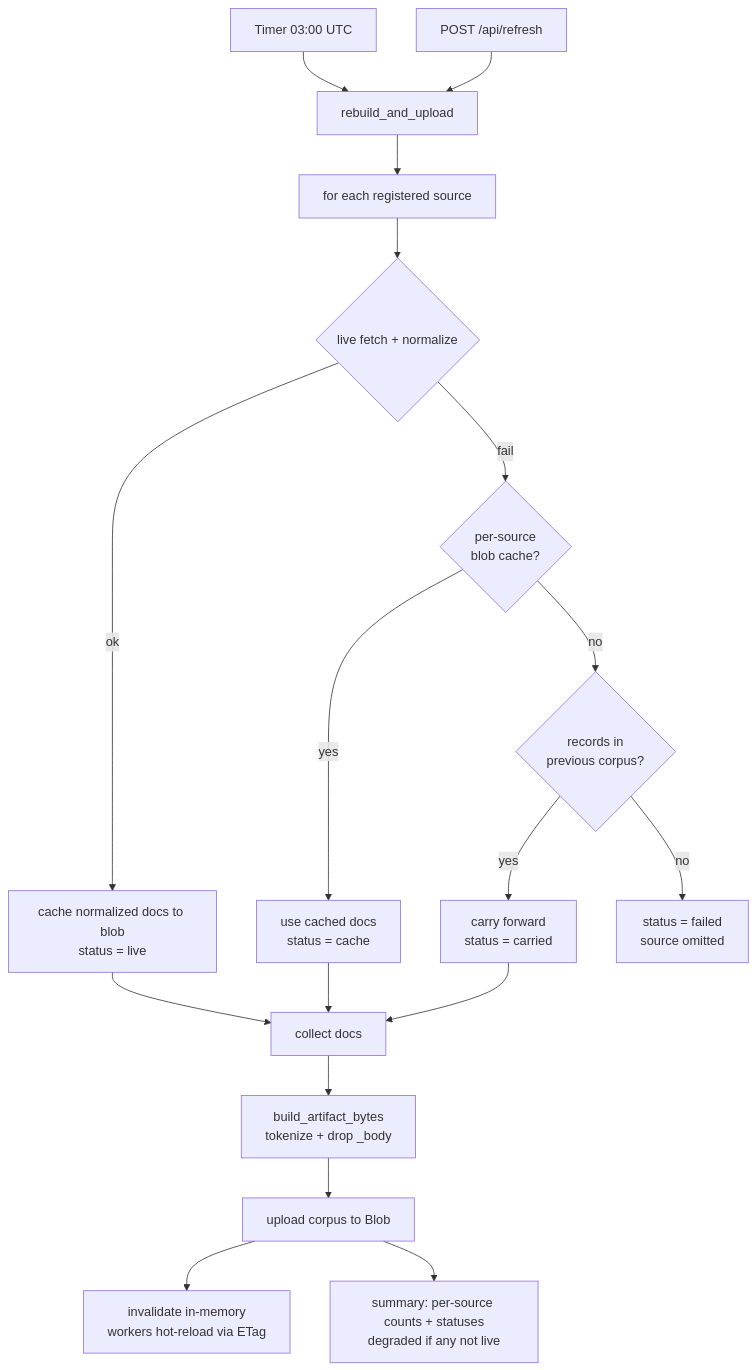
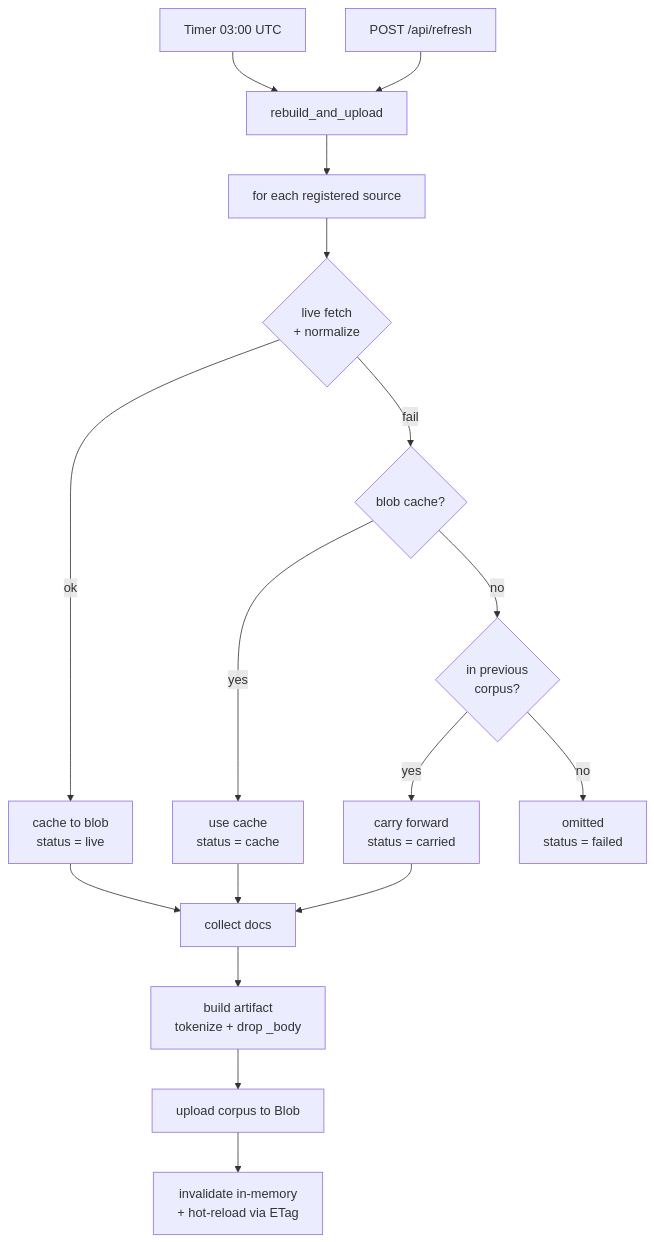
Before and after one commit to SteveCInVA/AllofUs-Agent: the fourth of 5 diagrams in docs/architecture.md, drawn with Mermaid. The commit also changed other lines of this file, not shown here.

First line of the commit message:
Reduce edge crossings in architecture diagrams

````diff
--- a/docs/architecture.md
+++ b/docs/architecture.md
@@ -109,22 +118,22 @@
 ```mermaid
-flowchart TD
+flowchart TB
     T["Timer 03:00 UTC"] --> RB["rebuild_and_upload"]
     H["POST /api/refresh"] --> RB
     RB --> LOOP["for each registered source"]
 
-    LOOP --> F{"live fetch + normalize"}
-    F -- "ok" --> C1["cache normalized docs to blob<br/>status = live"]
-    F -- "fail" --> CACHE{"per-source<br/>blob cache?"}
-    CACHE -- "yes" --> C2["use cached docs<br/>status = cache"]
-    CACHE -- "no" --> CARRY{"records in<br/>previous corpus?"}
+    LOOP --> F{"live fetch<br/>+ normalize"}
+    F -- "ok" --> C1["cache to blob<br/>status = live"]
+    F -- "fail" --> CACHE{"blob cache?"}
+    CACHE -- "yes" --> C2["use cache<br/>status = cache"]
+    CACHE -- "no" --> CARRY{"in previous<br/>corpus?"}
     CARRY -- "yes" --> C3["carry forward<br/>status = carried"]
-    CARRY -- "no" --> C4["status = failed<br/>source omitted"]
+    CARRY -- "no" --> C4["omitted<br/>status = failed"]
 
     C1 --> AGG["collect docs"]
     C2 --> AGG
     C3 --> AGG
-    AGG --> BUILD["build_artifact_bytes<br/>tokenize + drop _body"]
+
+    AGG --> BUILD["build artifact<br/>tokenize + drop _body"]
     BUILD --> UP["upload corpus to Blob"]
-    UP --> INV["invalidate in-memory<br/>workers hot-reload via ETag"]
-    UP --> SUM["summary: per-source counts + statuses<br/>degraded if any not live"]
+    UP --> INV["invalidate in-memory<br/>+ hot-reload via ETag"]
 ```
````
